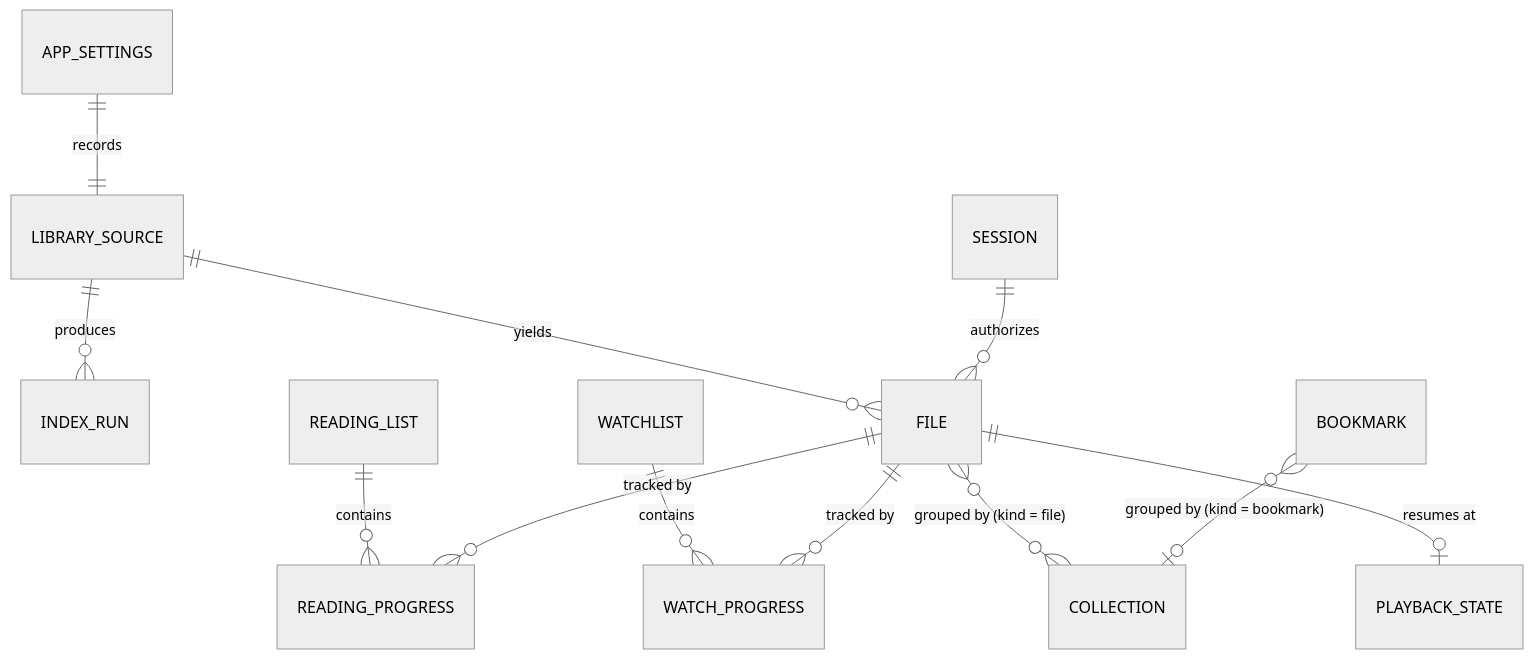
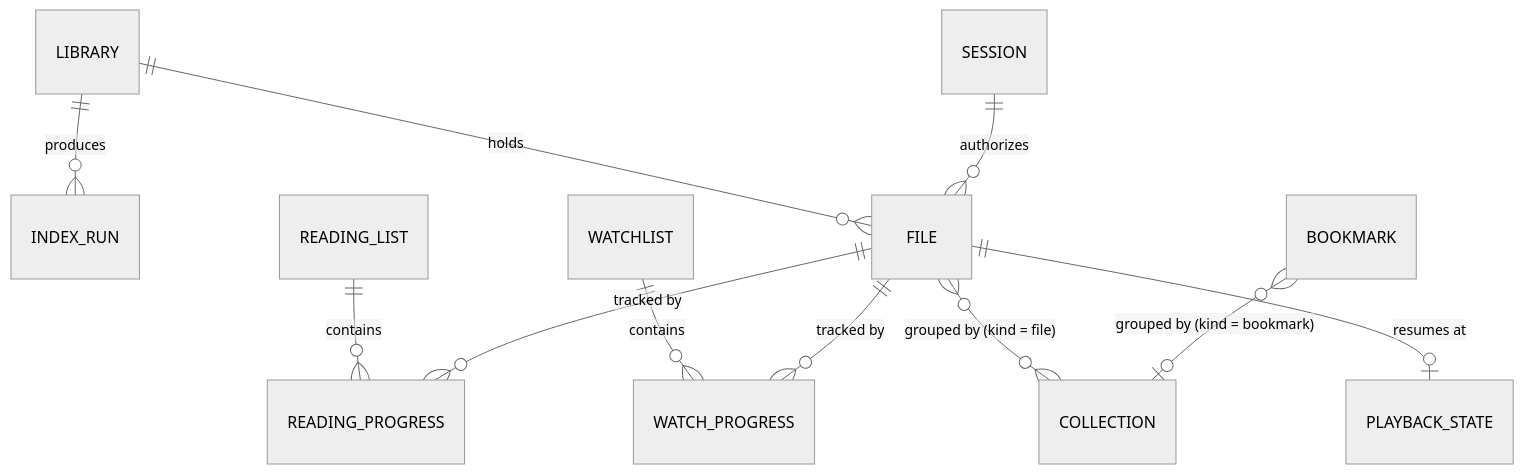
One commit to artur-rios/alexandria-ui changed the second of 3 diagrams in docs/requirements/System Requirements Document.md. Above: the diagram before and after it, drawn with Mermaid (neutral theme). The commit also changed other lines of this file and 11 other files, not shown here.

First line of the commit message:
docs: describe the app as a library manager

````diff
--- a/docs/requirements/System Requirements Document.md
+++ b/docs/requirements/System Requirements Document.md
@@ -341,14 +353,13 @@
 ```mermaid
 erDiagram
-    LIBRARY_SOURCE ||--o{ INDEX_RUN : "produces"
-    LIBRARY_SOURCE ||--o{ FILE : "yields"
+    LIBRARY ||--o{ INDEX_RUN : "produces"
+    LIBRARY ||--o{ FILE : "holds"
     FILE ||--o| PLAYBACK_STATE : "resumes at"
     FILE }o--o{ COLLECTION : "grouped by (kind = file)"
     BOOKMARK }o--o| COLLECTION : "grouped by (kind = bookmark)"
     WATCHLIST ||--o{ WATCH_PROGRESS : "contains"
     FILE ||--o{ WATCH_PROGRESS : "tracked by"
     READING_LIST ||--o{ READING_PROGRESS : "contains"
     FILE ||--o{ READING_PROGRESS : "tracked by"
-    APP_SETTINGS ||--|| LIBRARY_SOURCE : "records"
     SESSION ||--o{ FILE : "authorizes"
 ```
````
